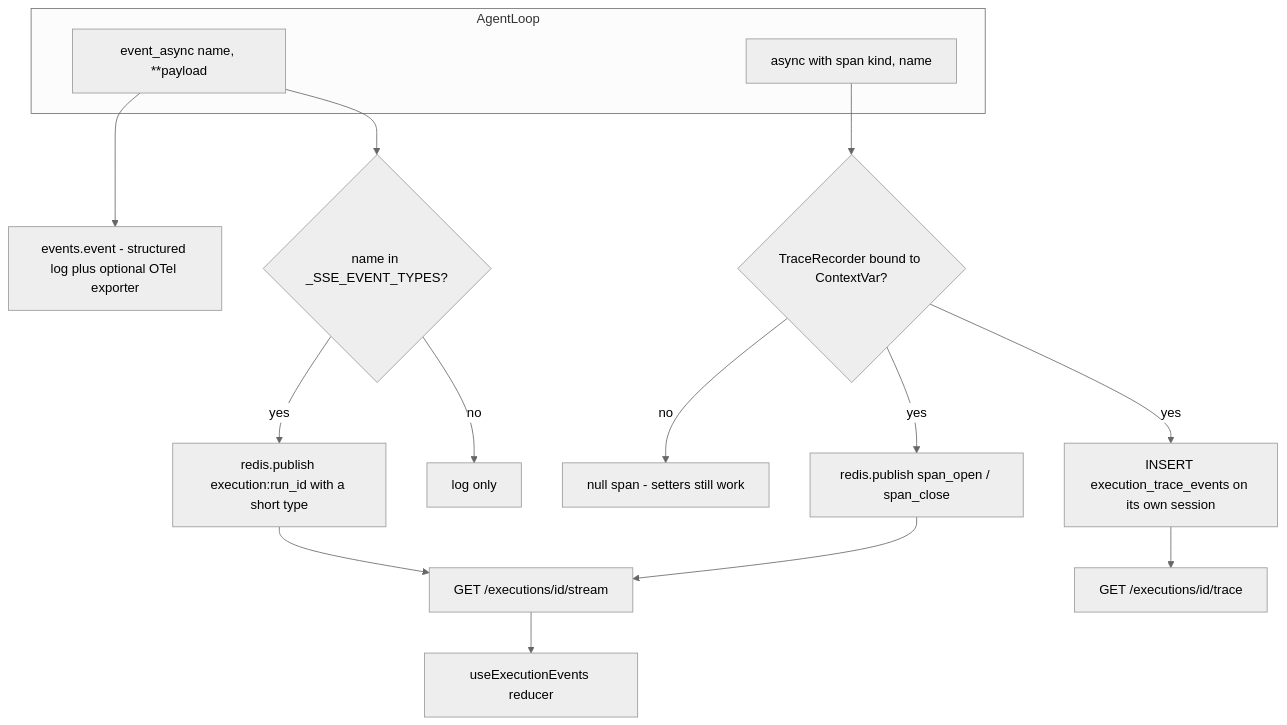
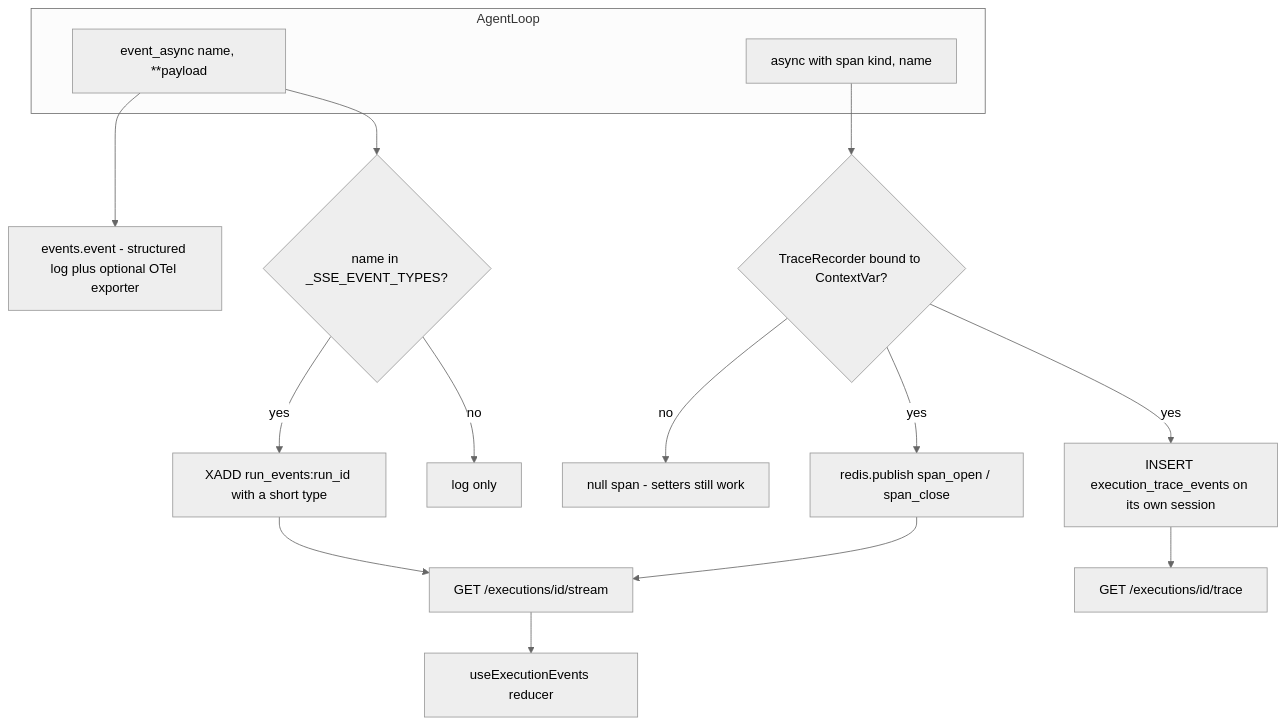
Diagram 23 of 25 in docs/current/05-agent-kernel.md (gondolerahul/hire-buddha-app), drawn with Mermaid (neutral theme) before and after one commit. The commit also changed other lines of this file and 31 other files, not shown here.

````diff
--- a/docs/current/05-agent-kernel.md
+++ b/docs/current/05-agent-kernel.md
@@ -1743,19 +1743,19 @@
 ```mermaid
 flowchart TD
     subgraph LOOP["AgentLoop"]
         EA["event_async name, **payload"]
         SP["async with span kind, name"]
     end
     EA --> EV["events.event - structured log plus optional OTel exporter"]
     EA --> MAP{"name in _SSE_EVENT_TYPES?"}
-    MAP -- yes --> PUB1["redis.publish execution:run_id with a short type"]
+    MAP -- yes --> PUB1["XADD run_events:run_id with a short type"]
     MAP -- no --> DROP["log only"]
     SP --> REC{"TraceRecorder bound to ContextVar?"}
     REC -- no --> NOOP["null span - setters still work"]
     REC -- yes --> PUB2["redis.publish span_open / span_close"]
     REC -- yes --> ROW["INSERT execution_trace_events on its own session"]
     PUB1 --> SSE["GET /executions/id/stream"]
     PUB2 --> SSE
     SSE --> FE["useExecutionEvents reducer"]
     ROW --> API2["GET /executions/id/trace"]
 ```
````
